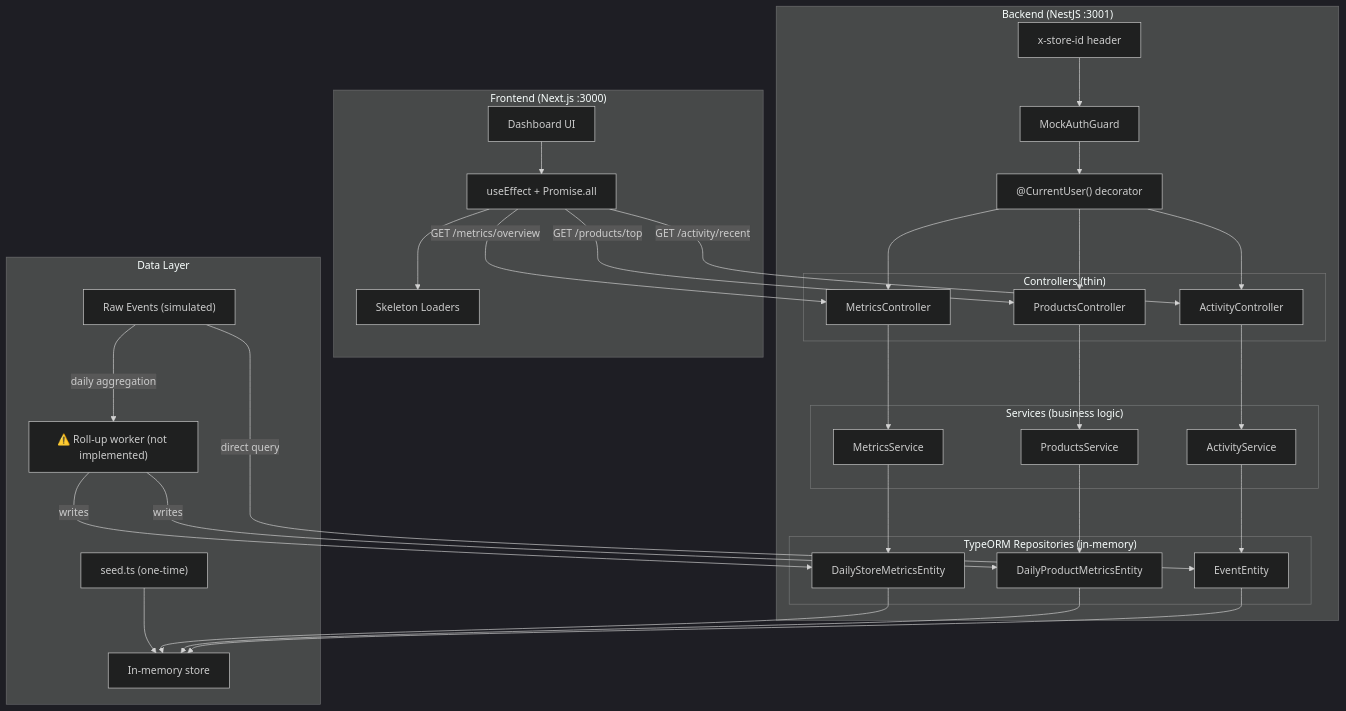
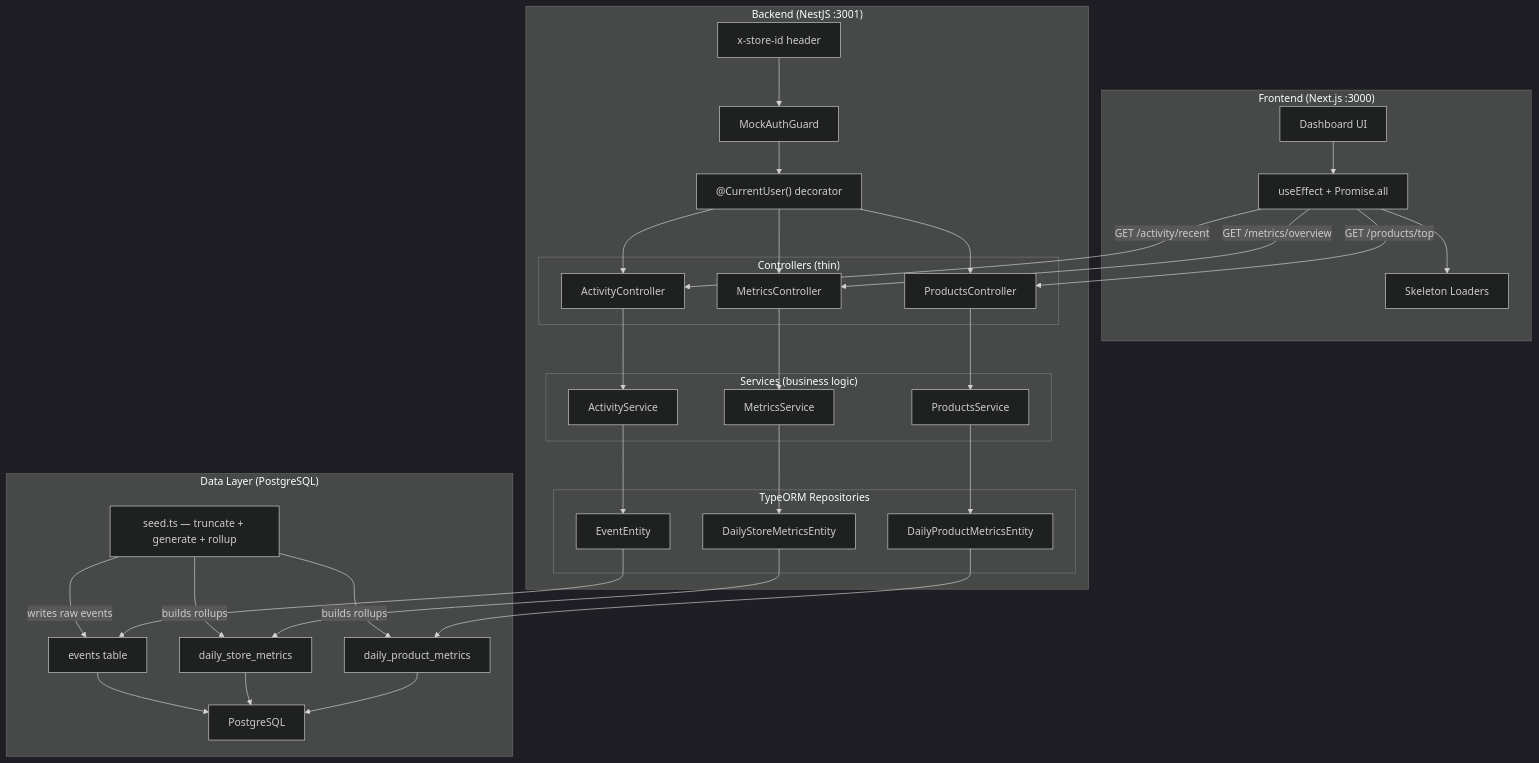
The diagram in README.md (aetosdios27/Amboras-Take-Home-Assignment-Solution), drawn with Mermaid (dark theme) before and after one commit. The commit also changed other lines of this file, not shown here.

````diff
--- a/README.md
+++ b/README.md
@@ -56,66 +103,68 @@
 ```mermaid
 graph TD
     subgraph Client["Frontend (Next.js :3000)"]
         UI["Dashboard UI"]
         UC["useEffect + Promise.all"]
         SK["Skeleton Loaders"]
         UI --> UC
         UC --> SK
     end
 
     subgraph Backend["Backend (NestJS :3001)"]
         HDR["x-store-id header"]
         GAT["MockAuthGuard"]
         DEC["@CurrentUser() decorator"]
         HDR --> GAT --> DEC
 
         subgraph Controllers["Controllers (thin)"]
             MC["MetricsController"]
             PC["ProductsController"]
             AC["ActivityController"]
         end
 
         DEC --> MC
         DEC --> PC
         DEC --> AC
 
         subgraph Services["Services (business logic)"]
             MS["MetricsService"]
             PS["ProductsService"]
             AS["ActivityService"]
         end
 
         MC --> MS
         PC --> PS
         AC --> AS
 
-        subgraph Repos["TypeORM Repositories (in-memory)"]
+        subgraph Repos["TypeORM Repositories"]
             DMR["DailyStoreMetricsEntity"]
             DPR["DailyProductMetricsEntity"]
             ER["EventEntity"]
         end
 
         MS --> DMR
         PS --> DPR
         AS --> ER
     end
 
-    subgraph Data["Data Layer"]
-        SEED["seed.ts (one-time)"]
-        MEM["In-memory store"]
-        ROLLUP["⚠️ Roll-up worker (not implemented)"]
-        RAW["Raw Events (simulated)"]
+    subgraph Data["Data Layer (PostgreSQL)"]
+        SEED["seed.ts — truncate + generate + rollup"]
+        PG["PostgreSQL"]
+        RAW["events table"]
+        DSM["daily_store_metrics"]
+        DPM["daily_product_metrics"]
 
-        SEED --> MEM
-        RAW -->|"daily aggregation"| ROLLUP
-        ROLLUP -->|"writes"| DMR
-        ROLLUP -->|"writes"| DPR
-        RAW -->|"direct query"| ER
+        SEED -->|"writes raw events"| RAW
+        SEED -->|"builds rollups"| DSM
+        SEED -->|"builds rollups"| DPM
+        RAW & DSM & DPM --> PG
     end
 
     UC -->|"GET /metrics/overview"| MC
     UC -->|"GET /products/top"| PC
     UC -->|"GET /activity/recent"| AC
 
-    DMR & DPR & ER --> MEM
+    DMR --> DSM
+    DPR --> DPM
+    ER --> RAW
 ```
````
